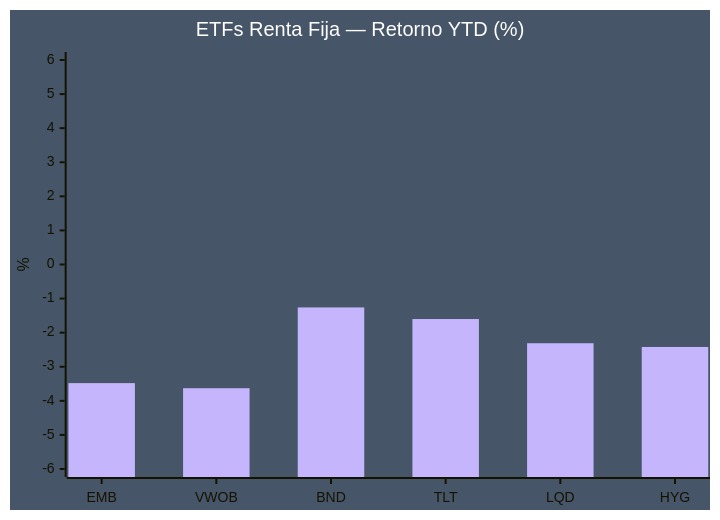
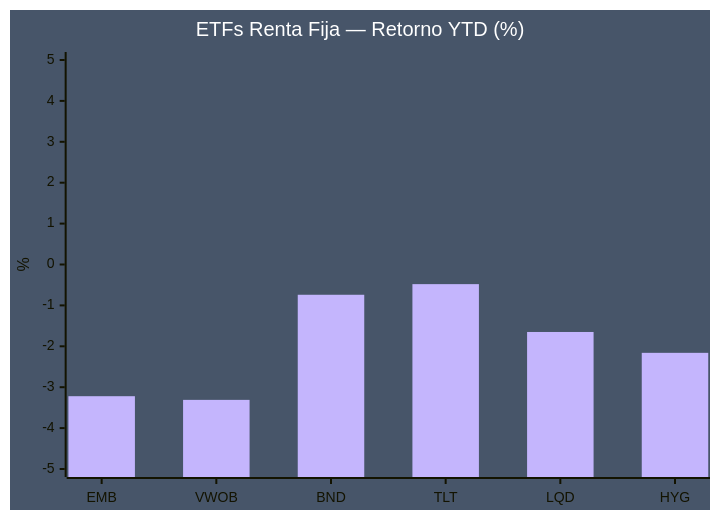
Before and after one commit to kanoso/tablero-divisas: the seventh of 9 diagrams in reports/2026-03-30.md, drawn with Mermaid. The commit also changed other lines of this file and 2 other files, not shown here.

````diff
--- a/reports/2026-03-30.md
+++ b/reports/2026-03-30.md
@@ -164,8 +164,8 @@
 ```mermaid
 %%{init: {"theme":"base","themeVariables":{"xyChart":{"backgroundColor":"#475569","plotBackgroundColor":"#334155","plotColorPalette":"#c4b5fd","titleColor":"#ffffff","axisLineColor":"#cbd5e1","labelColor":"#ffffff","tickColor":"#cbd5e1"}}}}%%
 xychart-beta
     title "ETFs Renta Fija — Retorno YTD (%)"
     x-axis ["EMB", "VWOB", "BND", "TLT", "LQD", "HYG"]
-    y-axis "%" -6 --> 6
-    bar [-3.48, -3.63, -1.26, -1.60, -2.31, -2.42]
+    y-axis "%" -5 --> 5
+    bar [-3.22, -3.31, -0.74, -0.48, -1.65, -2.16]
 ```
````
